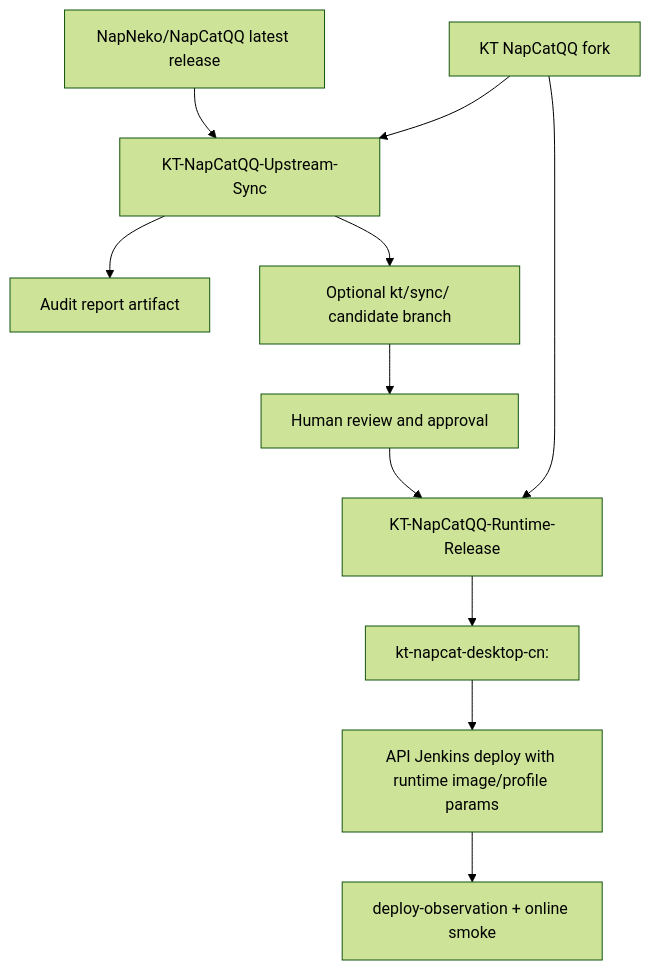
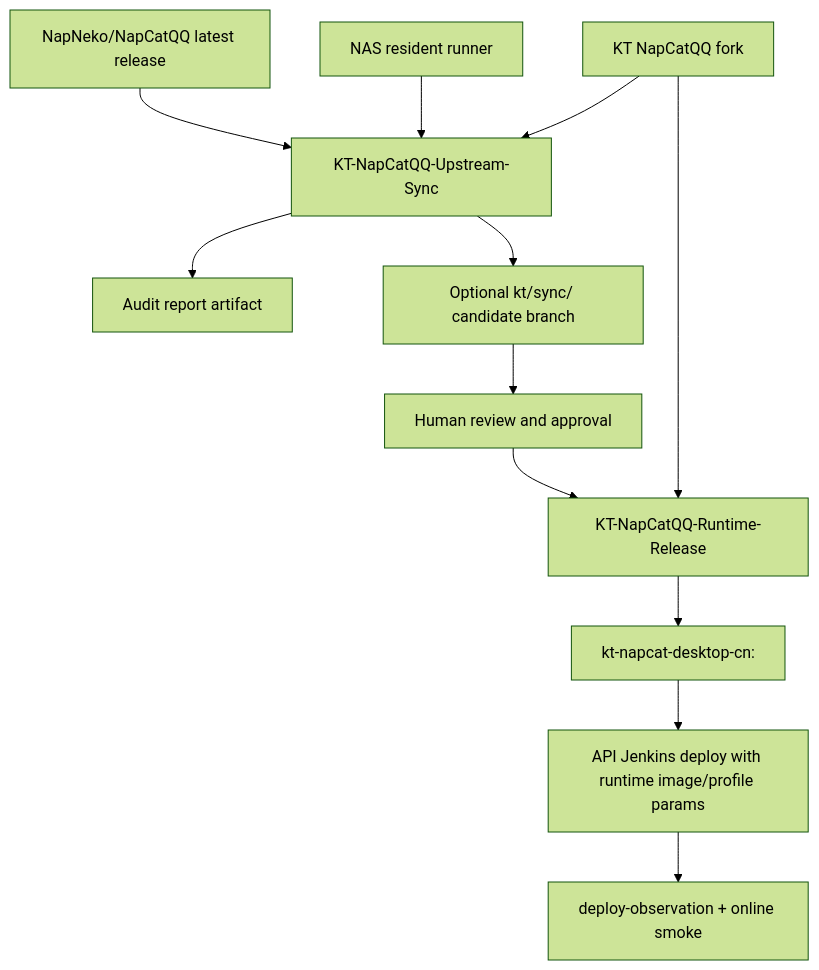
Before and after one commit to KwiTsukasa/kt-template-online-api: the first of 2 diagrams in docs/superpowers/specs/2026-06-24-napcatqq-upstream-sync-runtime-release-pipeline-design.md, drawn with Mermaid (forest theme). The commit also changed other lines of this file and 1 other file, not shown here.

````diff
--- a/docs/superpowers/specs/2026-06-24-napcatqq-upstream-sync-runtime-release-pipeline-design.md
+++ b/docs/superpowers/specs/2026-06-24-napcatqq-upstream-sync-runtime-release-pipeline-design.md
@@ -96,13 +146,14 @@
 ```mermaid
 flowchart TD
   Upstream["NapNeko/NapCatQQ latest release"] --> Audit["KT-NapCatQQ-Upstream-Sync"]
+  Nas["NAS resident runner"] --> Audit
   Fork["KT NapCatQQ fork"] --> Audit
   Audit --> Report["Audit report artifact"]
   Audit --> Candidate["Optional kt/sync/<tag> candidate branch"]
   Candidate --> Human["Human review and approval"]
   Fork --> Release["KT-NapCatQQ-Runtime-Release"]
   Human --> Release
   Release --> Image["kt-napcat-desktop-cn:<profile>"]
   Image --> ApiDeploy["API Jenkins deploy with runtime image/profile params"]
   ApiDeploy --> Observe["deploy-observation + online smoke"]
 ```
````
